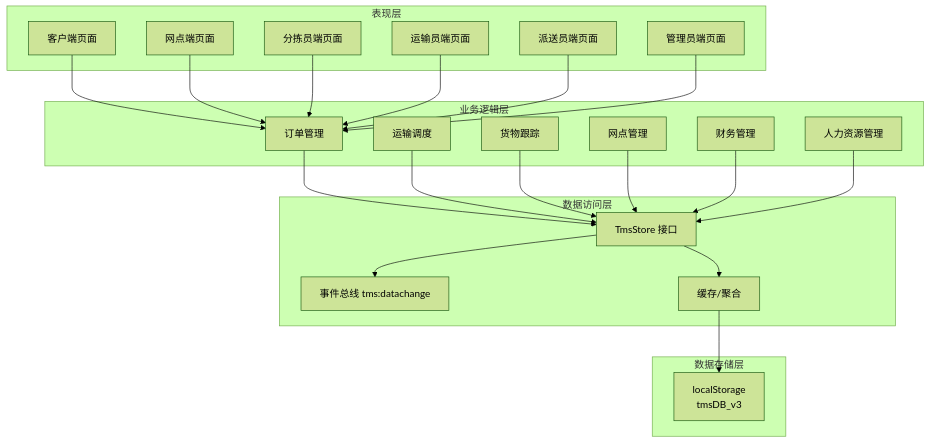
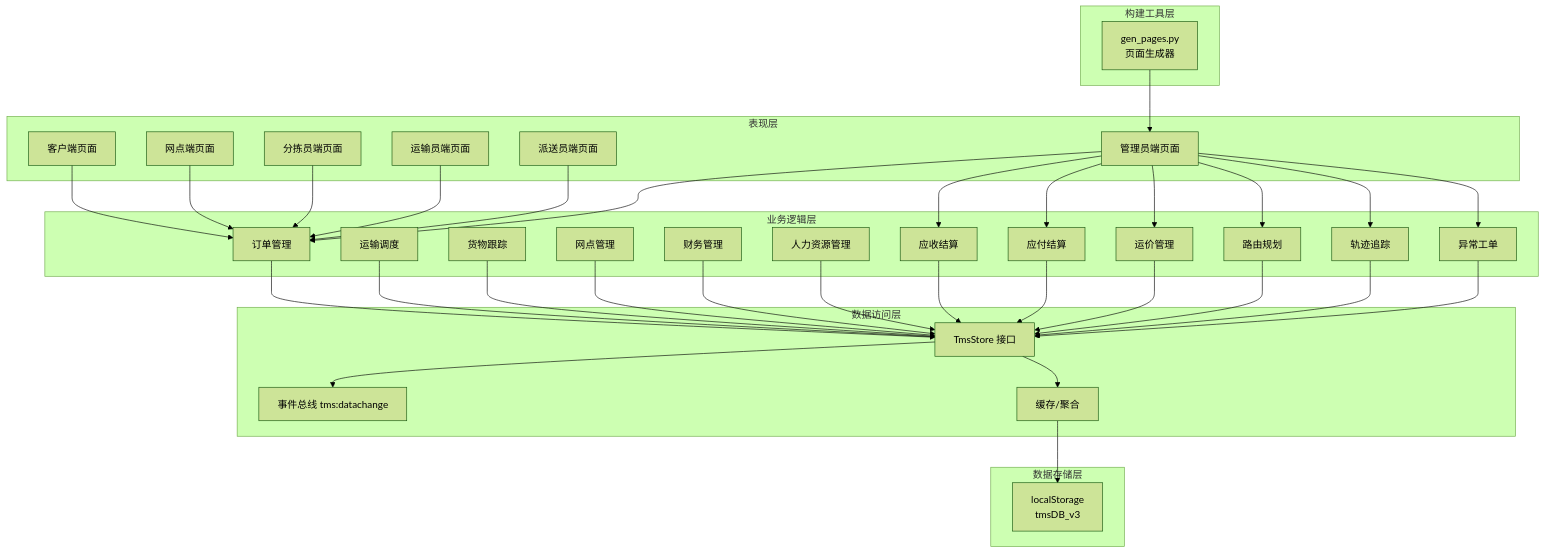
One commit to PengLine/blog-tms changed the second of 7 diagrams in .qoder/repowiki/zh/content/系统架构设计/系统架构设计.md. Above: the diagram before and after it, drawn with Mermaid (forest theme). The commit also changed other lines of this file and 101 other files, not shown here.

````diff
--- a/.qoder/repowiki/zh/content/系统架构设计/系统架构设计.md
+++ b/.qoder/repowiki/zh/content/系统架构设计/系统架构设计.md
@@ -84,42 +106,64 @@
 ```mermaid
 graph TB
 subgraph "表现层"
 P1["客户端页面"]
 P2["网点端页面"]
 P3["分拣员端页面"]
 P4["运输员端页面"]
 P5["派送员端页面"]
 P6["管理员端页面"]
 end
 subgraph "业务逻辑层"
 L1["订单管理"]
 L2["运输调度"]
 L3["货物跟踪"]
 L4["网点管理"]
 L5["财务管理"]
 L6["人力资源管理"]
+L7["应收结算"]
+L8["应付结算"]
+L9["运价管理"]
+L10["路由规划"]
+L11["轨迹追踪"]
+L12["异常工单"]
 end
 subgraph "数据访问层"
 D1["TmsStore 接口"]
 D2["事件总线 tms:datachange"]
 D3["缓存/聚合"]
 end
 subgraph "数据存储层"
 S1["localStorage<br/>tmsDB_v3"]
 end
+subgraph "构建工具层"
+B1["gen_pages.py<br/>页面生成器"]
+end
 P1 --> L1
 P2 --> L1
 P3 --> L1
 P4 --> L1
 P5 --> L1
 P6 --> L1
+P6 --> L7
+P6 --> L8
+P6 --> L9
+P6 --> L10
+P6 --> L11
+P6 --> L12
 L1 --> D1
 L2 --> D1
 L3 --> D1
 L4 --> D1
 L5 --> D1
 L6 --> D1
+L7 --> D1
+L8 --> D1
+L9 --> D1
+L10 --> D1
+L11 --> D1
+L12 --> D1
 D1 --> D2
 D1 --> D3
 D3 --> S1
+B1 --> P6
 ```
````
